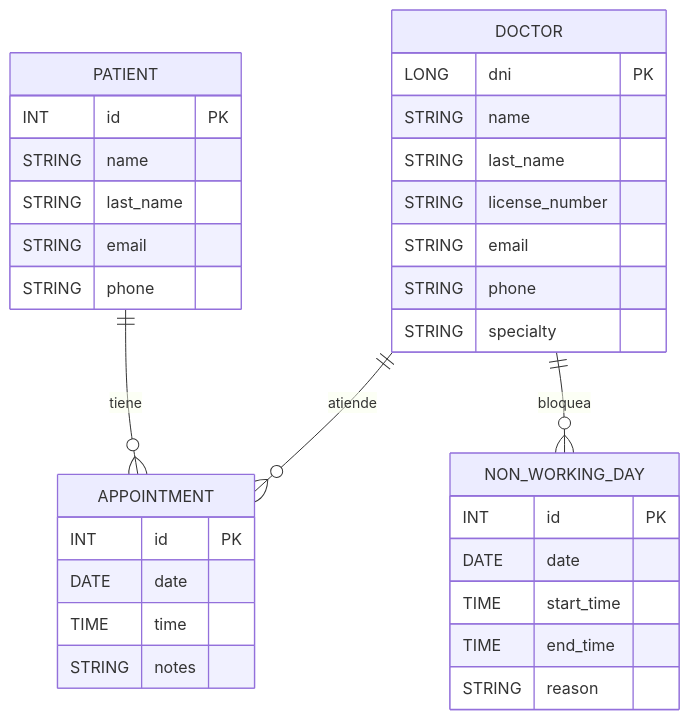
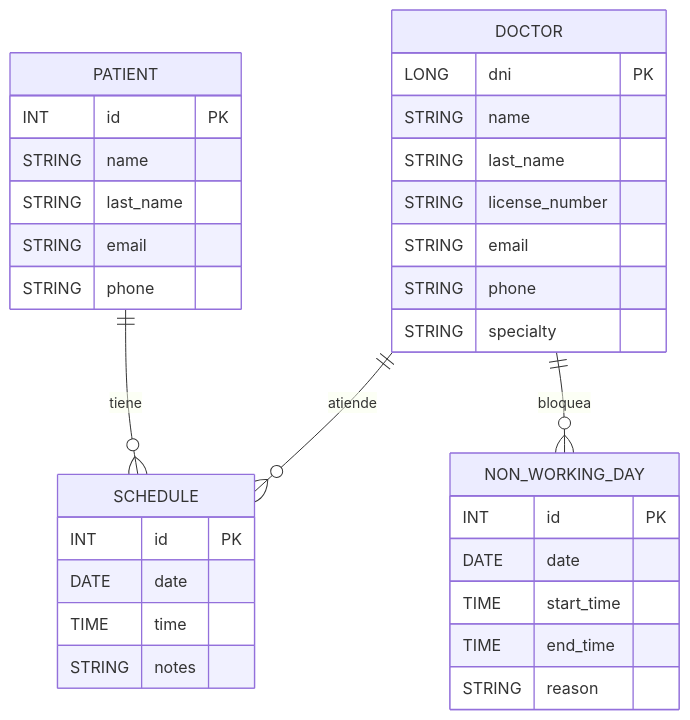
Before and after one commit to Yafar12/Clinic-system: the second of 2 diagrams in README.md, drawn with Mermaid. The commit also changed other lines of this file and 6 other files, not shown here.

````diff
--- a/README.md
+++ b/README.md
@@ -46,36 +46,36 @@
 ```mermaid
 erDiagram
     DOCTOR {
       LONG dni PK
       STRING name
       STRING last_name
       STRING license_number
       STRING email
       STRING phone
       STRING specialty
     }
     PATIENT {
       INT id PK
       STRING name
       STRING last_name
       STRING email
       STRING phone
     }
-    APPOINTMENT {
+    SCHEDULE {
       INT id PK
       DATE date
       TIME time
       STRING notes
     }
     NON_WORKING_DAY {
       INT id PK
       DATE date
       TIME start_time
       TIME end_time
       STRING reason
     }
 
-    DOCTOR ||--o{ APPOINTMENT : atiende
-    PATIENT ||--o{ APPOINTMENT : tiene
+    DOCTOR ||--o{ SCHEDULE : atiende
+    PATIENT ||--o{ SCHEDULE : tiene
     DOCTOR ||--o{ NON_WORKING_DAY : bloquea
 ```
````
